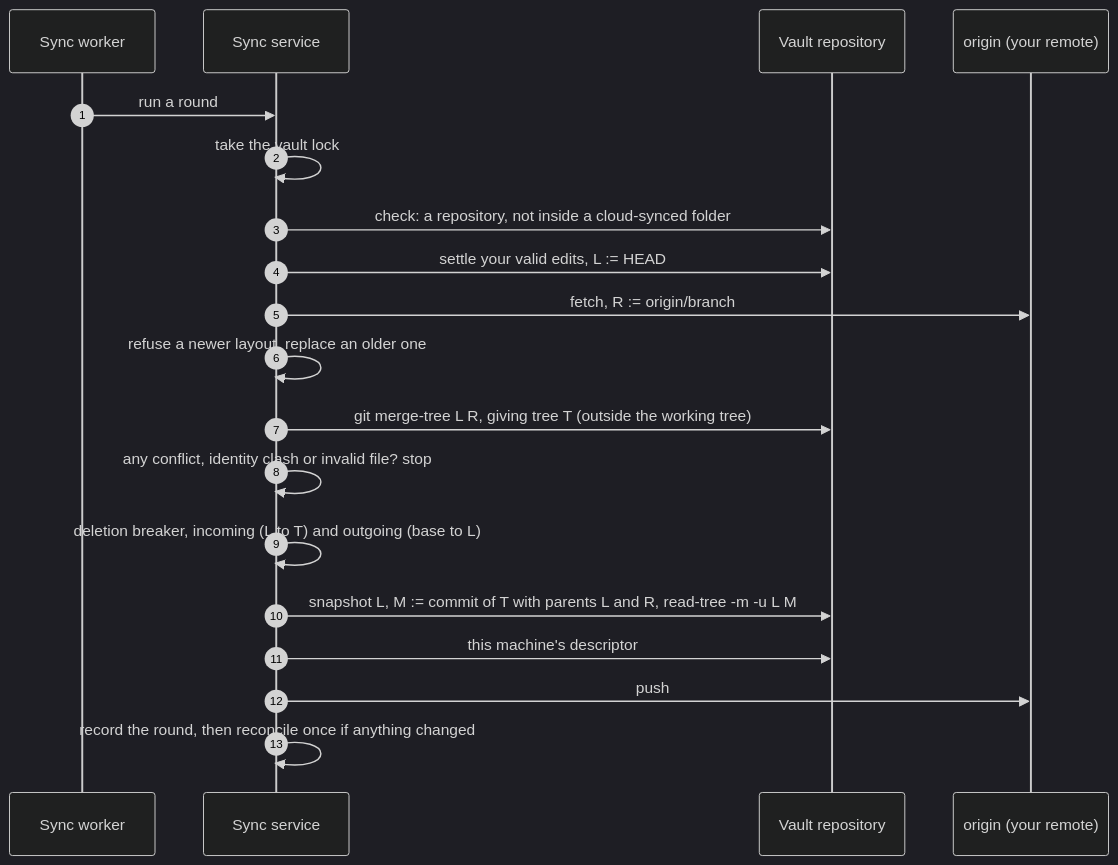
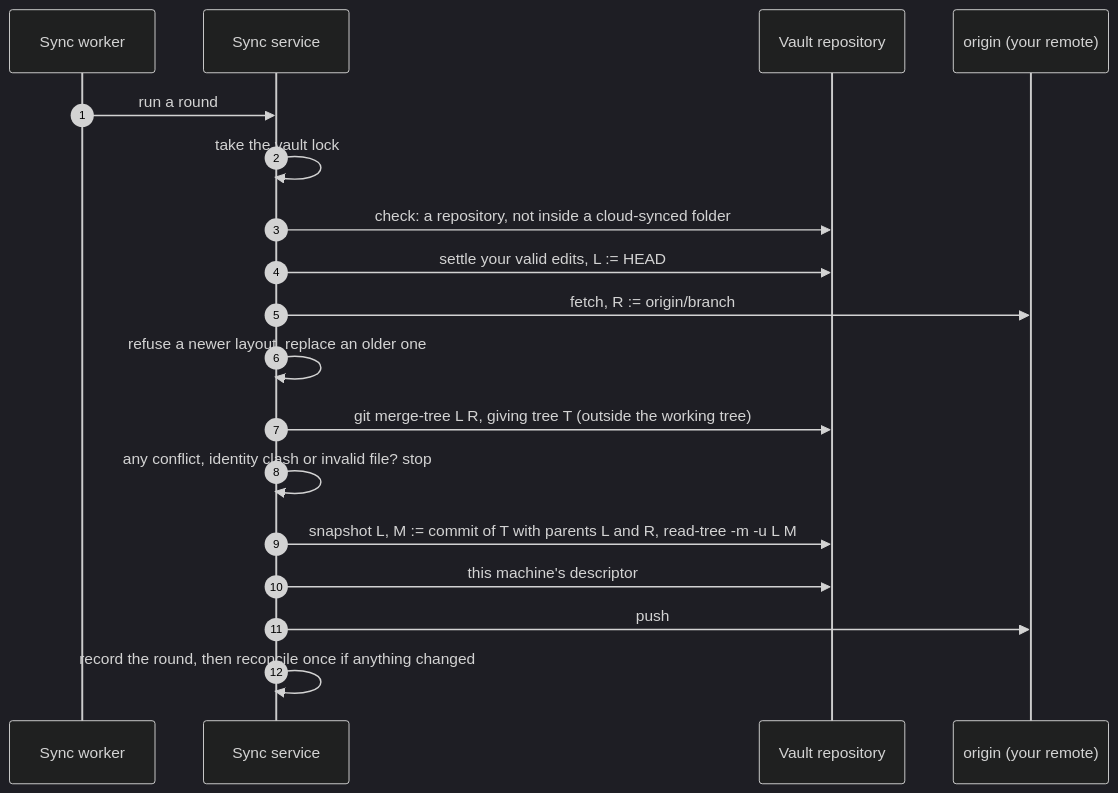
The diagram in docs-site/architecture/vault-sync.md (wyx-sg/Coffer), drawn with Mermaid (dark theme) before and after one commit. The commit also changed other lines of this file and 139 other files, not shown here.

````diff
--- a/docs-site/architecture/vault-sync.md
+++ b/docs-site/architecture/vault-sync.md
@@ -56,21 +56,20 @@
 ```mermaid
 sequenceDiagram
     autonumber
     participant W as Sync worker
     participant S as Sync service
     participant V as Vault repository
     participant O as origin (your remote)
     W->>S: run a round
     S->>S: take the vault lock
     S->>V: check: a repository, not inside a cloud-synced folder
     S->>V: settle your valid edits, L := HEAD
     S->>O: fetch, R := origin/branch
     S->>S: refuse a newer layout, replace an older one
     S->>V: git merge-tree L R, giving tree T (outside the working tree)
     S->>S: any conflict, identity clash or invalid file? stop
-    S->>S: deletion breaker, incoming (L to T) and outgoing (base to L)
     S->>V: snapshot L, M := commit of T with parents L and R, read-tree -m -u L M
     S->>V: this machine's descriptor
     S->>O: push
     S->>S: record the round, then reconcile once if anything changed
 ```
````
